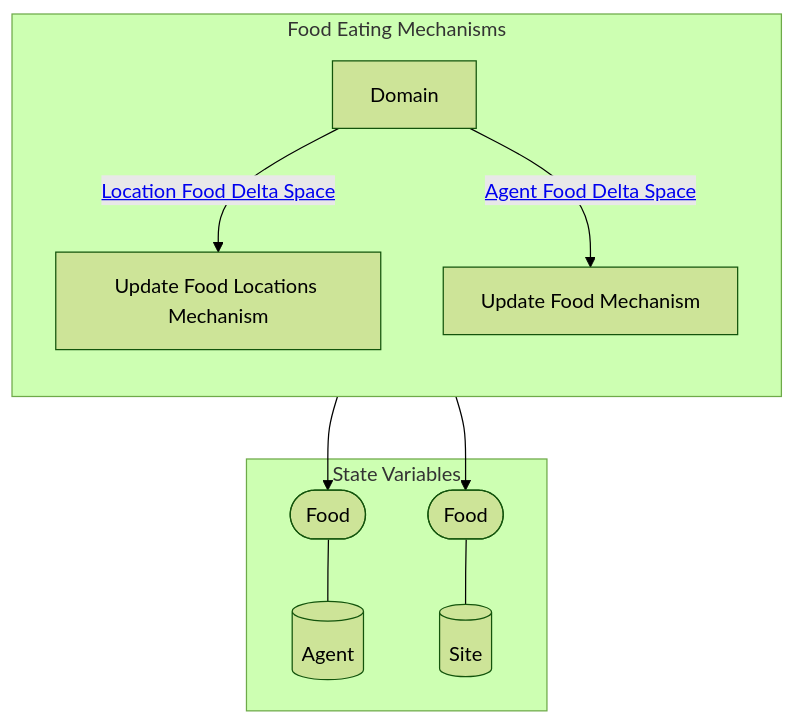
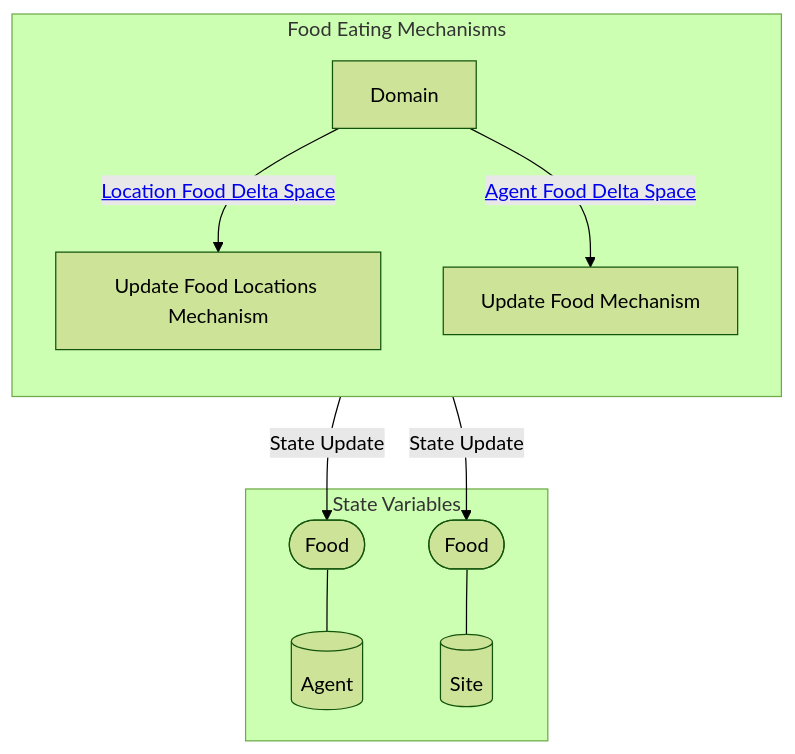
Before and after one commit to BlockScience/Predator-Prey-MSML: the first of 2 diagrams in reports/obsidian/Wiring/Food Eating Mechanisms.md, drawn with Mermaid (forest theme). The commit also changed other lines of this file and 35 other files, not shown here.

````diff
--- a/reports/obsidian/Wiring/Food Eating Mechanisms.md
+++ b/reports/obsidian/Wiring/Food Eating Mechanisms.md
@@ -4,32 +4,32 @@
 ```mermaid
 graph TB
 
 subgraph SVS["State Variables"]
 EE0[("Agent")]
 EE1[("Site")]
 EES0(["Food"])
 EES0 --- EE0
 EES1(["Food"])
 EES1 --- EE1
 end
 
 subgraph X5["Food Eating Mechanisms"]
 direction TB
 X1["Update Food Locations Mechanism"]
-X1 --> EES1
+X1 --"State Update"--> EES1
 X2["Update Food Mechanism"]
-X2 --> EES0
+X2 --"State Update"--> EES0
 X3[Domain]
 
 direction LR
 direction TB
 X3 --"<a href='Location Food Delta Space' class=internal-link>Location Food Delta Space</a>"--> X1
 X3 --"<a href='Agent Food Delta Space' class=internal-link>Agent Food Delta Space</a>"--> X2
 end
 class X1 internal-link;
 class X2 internal-link;
 class X4 internal-link;
 class EE0 internal-link;
 class EE1 internal-link;
 
 ```
````
